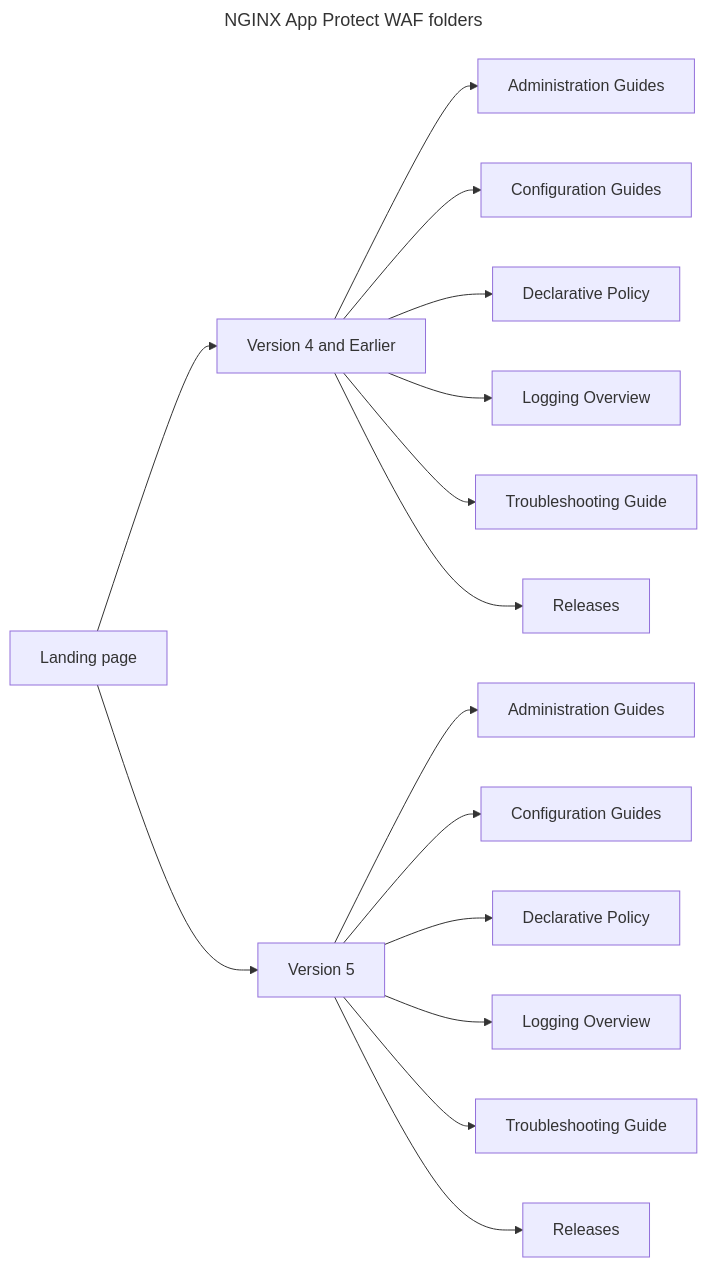
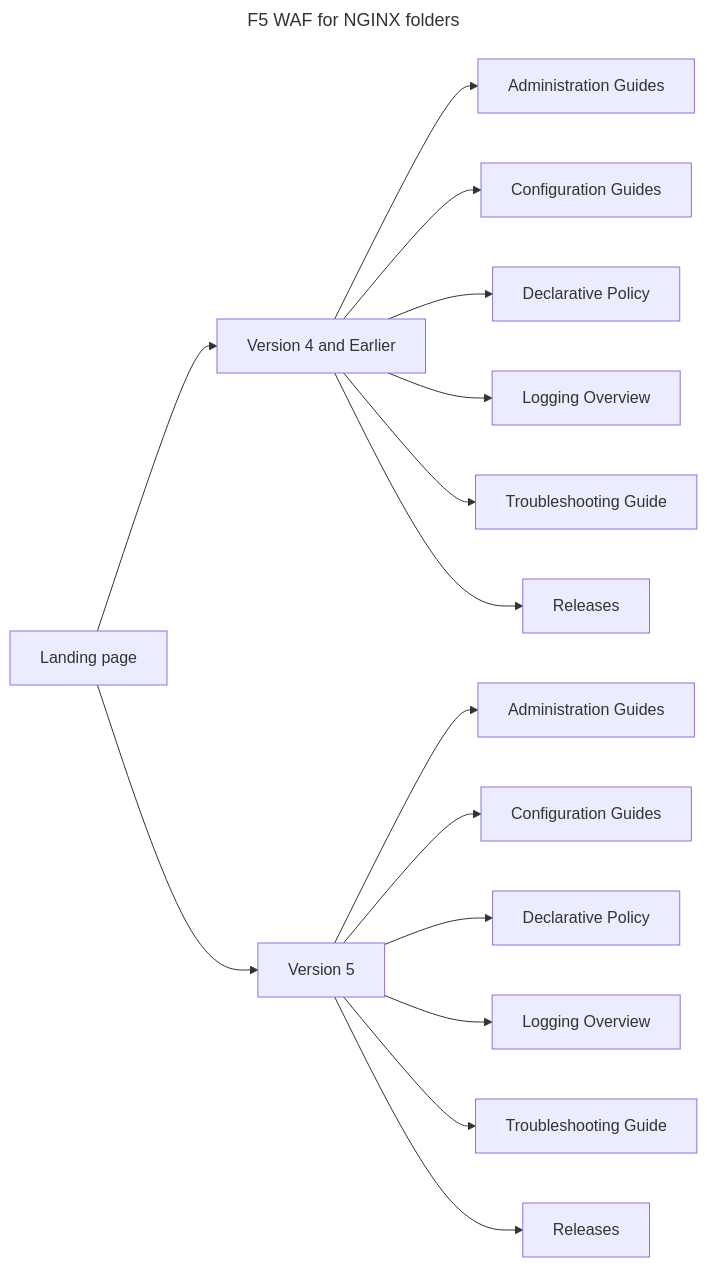
The second of 7 diagrams in documentation/proposals/DOP-001.md (zahava-brown/documentation), drawn with Mermaid before and after one commit. The commit also changed other lines of this file and 276 other files, not shown here.

First line of the commit message:
feat: F5 WAF for NGINX 5.9 Refactor (#949)

````diff
--- a/documentation/proposals/DOP-001.md
+++ b/documentation/proposals/DOP-001.md
@@ -44,41 +44,41 @@
 ```mermaid
 ---
-title: NGINX App Protect WAF folders
+title: F5 WAF for NGINX folders
 ---
 graph LR
     lp[Landing page]
     v4[Version 4 and Earlier]
     v5[Version 5]
 
     lp --> v4
 
     4ad[Administration Guides]
     4conf[Configuration Guides]
     4dec[Declarative Policy]
     4log[Logging Overview]
     4tro[Troubleshooting Guide]
     4rel[Releases]
 
     v4 --> 4ad
     v4 --> 4conf
     v4 --> 4dec
     v4 --> 4log
     v4 --> 4tro
     v4 --> 4rel
 
     lp --> v5
 
     5ad[Administration Guides]
     5conf[Configuration Guides]
     5dec[Declarative Policy]
     5log[Logging Overview]
     5tro[Troubleshooting Guide]
     5rel[Releases]
 
     v5 --> 5ad
     v5 --> 5conf
     v5 --> 5dec
     v5 --> 5log
     v5 --> 5tro
     v5 --> 5rel
 ```
````
